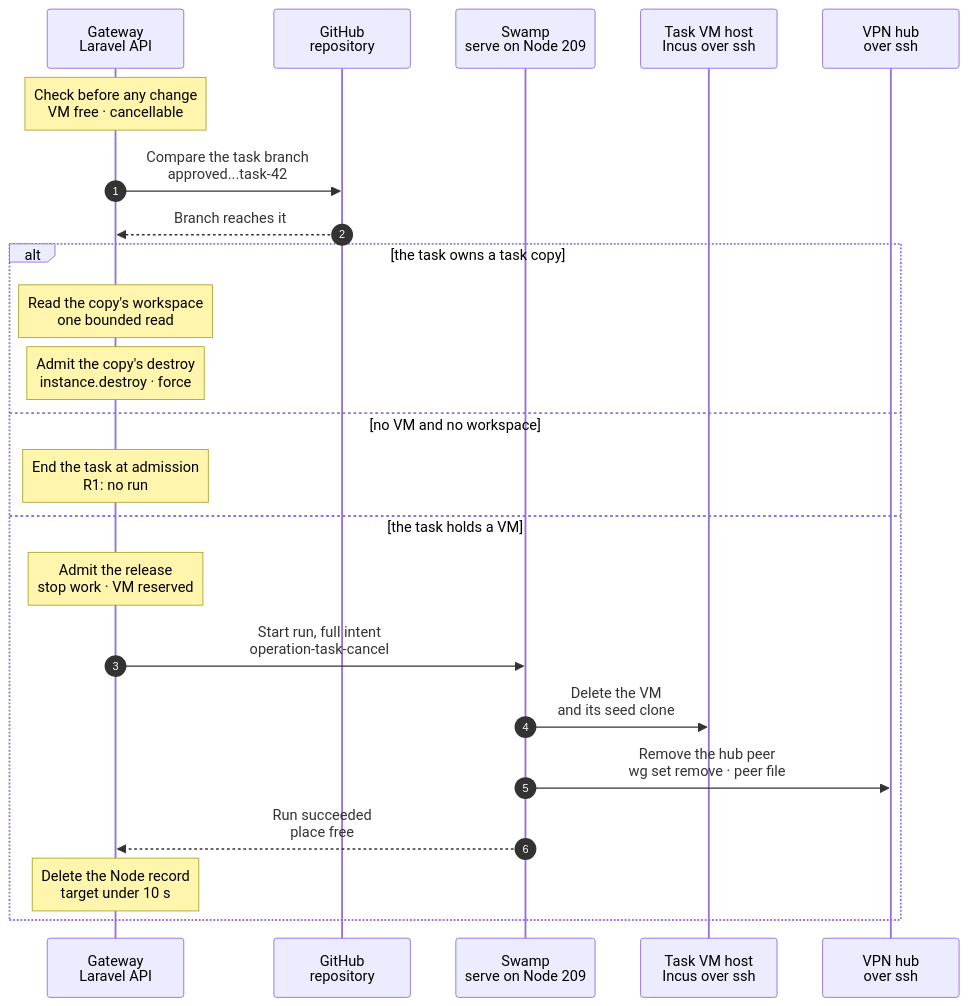
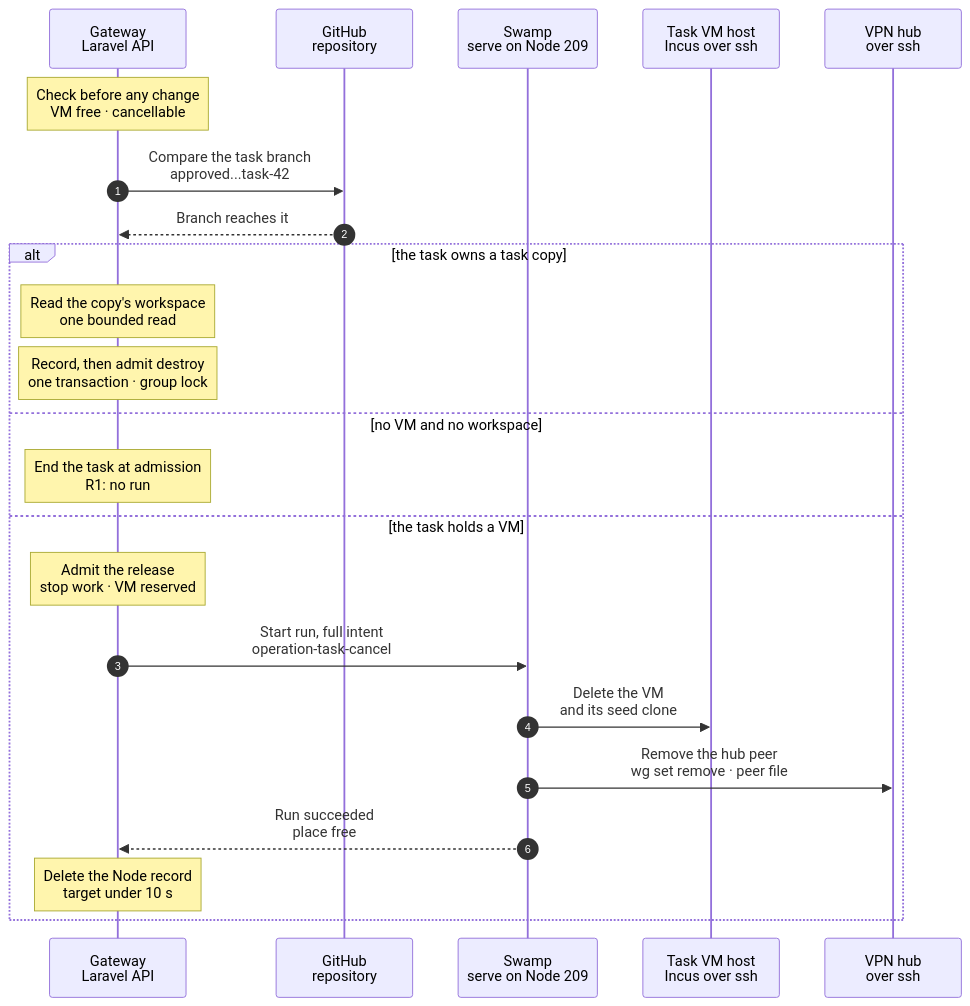
One commit to hardimpactdev/orbit changed the diagram in docs/cli/task/cancel.mmd. Above: the diagram before and after it, drawn with Mermaid. The commit also changed 4 other files, not shown here.

First line of the commit message:
docs(tasks): a copy cancel guards unpublished work, records first; complete removes the copy

```diff
--- a/docs/cli/task/cancel.mmd
+++ b/docs/cli/task/cancel.mmd
@@ -1,73 +1,81 @@
 sequenceDiagram
   %% Target design (agreed with Nick, 2026-11-07): a task VM and its identity are disposable; the release frees its place. Orchestrator 2026-11-08: keeping approved work is a precondition of the cancel, not a step of it.
-  %% Orchestrator 2026-11-13: a task copy ends through its Instance destroy; the cancel records the copy's unpushed work and does not block on it.
+  %% Orchestrator 2026-11-13: a task copy ends through its Instance destroy. Orchestrator 2026-11-14: work that only the copy holds, or a copy that cannot be read, refuses the cancel unless the caller discards it; the cancel is recorded under the group lock, in one transaction with the destroy's admission.
   %% status: draft
   %% command: task:cancel
   %% kind: tasks.cancel
   autonumber
   %% lane GW icon=gateway pill=intent tone=blue
   %% lane GH icon=server pill=target tone=purple
   %% lane SW icon=workflow pill=executes tone=green
   %% lane H icon=server pill=target tone=amber
   %% lane HUB icon=server pill=target tone=purple
   participant GW as Gateway<br/>Laravel API
   participant GH as GitHub<br/>repository
   participant SW as Swamp<br/>serve on Node 209
   participant H as Task VM host<br/>Incus over ssh
   participant HUB as VPN hub<br/>over ssh
   Note over GW: Check before any change<br/>VM free · cancellable
   %%> Requirements:
   %%> - no Operation is open on the group's task VM, such as a resume or an earlier release; otherwise HTTP 409 `operation.target_busy`, naming it
   %%> - the group is cancellable; otherwise `tasks.not_cancellable`
   %%> - every refusal here and in the next step comes before the cancel stops running work, so a refused cancel changes nothing
   GW->>GH: Compare the task branch<br/>approved...task-42
   %%> What it does:
   %%> - resolves the group's latest approved commit: the latest commit Orbit reviewed (ADR 0203), or else the commit of the latest approval
   %%> - reads origin's task branch head and compares it with that commit, with a `contents: read` token
   %%> - only when GitHub answers that the branch does not exist (404) and the group's pull request merged does that pull request's head stand in; the pull request is read with a `pull_requests: read` token
   %%> - skipped when the group has no approval, or holds no workspace and no task VM
   GH-->>GW: Branch reaches it
   %%> Result:
   %%> - otherwise the cancel refuses with HTTP 409 `tasks.approved_work_unpublished`, names the commit and the branch, and admits nothing: run `task:publish` first, which resumes a parked VM
   %%> - every other outcome refuses the same way: a GitHub read that fails, a branch that is gone without a merged pull request
   alt the task owns a task copy
     Note over GW: Read the copy's workspace<br/>one bounded read
     %%> What it does:
     %%> - one SSH call to the copy's Node, bounded at 4 s, reads what the copy holds beyond its seed: commits that origin lacks, uncommitted, untracked and stashed files
-    %%> - a stopped or unreachable copy reads `unknown` with its reason; the cancel goes on
-    Note over GW: Admit the copy's destroy<br/>instance.destroy · force
+    %%> - a stopped or unreachable copy reads `unknown` with its reason
+    %%> Result:
+    %%> - a copy that holds work (`dirty`: unpushed commits, uncommitted or untracked files, stashes) refuses the cancel with HTTP 409 `tasks.copy_unpublished_work`; its details carry the counts and the head
+    %%> - a copy that cannot be read (`unknown`) refuses with HTTP 409 `tasks.copy_workspace_unknown`, naming the reason
+    %%> - `--discard` (API and MCP `discard: true`) lets the cancel destroy that work; `--yes` only confirms and never discards
+    %%> - a `clean` copy goes on; both refusals come before the cancel stops running work, so they change nothing
+    Note over GW: Record, then admit destroy<br/>one transaction · group lock
     %%> Requirements:
     %%> - no Operation holds the copy, such as its create or an earlier destroy; otherwise HTTP 409 `operation.target_busy`, naming it
     %%> - after the group's running work was asked to stop, no Operation still holds the group, such as a timed-out one whose run nothing has proven ended; otherwise HTTP 409 `operation.target_busy`, naming it, and no destroy is admitted
+    %%> What it does:
+    %%> - in one transaction, records the cancel under the group's lock key first, then admits the normal `instance.destroy` of the copy with force
+    %%> - an Operation that takes the group lock first makes the record refuse with HTTP 409 `operation.target_busy`; the transaction rolls back, so a refused cancel never admits the destroy
     %%> Result:
-    %%> - the cancel is recorded as succeeded at once (R1), right after the destroy's admission; its result names the destroy Operation and holds the workspace read
+    %%> - the cancel is recorded as succeeded at once (R1); its result names the destroy Operation and holds the workspace read
     %%> - the destroy runs as every Instance destroy does; when it succeeds, a task that still runs and its open subtasks are `cancelled`, and the task lets go of the copy; a `failed` task stays `failed`
     %%> - when it fails, the task runs on and keeps the copy; the next cancel admits the destroy again
   else no VM and no workspace
     Note over GW: End the task at admission<br/>R1: no run
     %%> When:
     %%> - the task holds no task VM and no workspace, such as a `todo` task or one that waits for a place; its waiting Operation is cancelled first
     %%> Result:
     %%> - in the admission transaction, the task and its open subtasks are `cancelled` and the Operation is recorded as succeeded; no Swamp run starts (R1)
     %%> - the HTTP 202 already carries the succeeded Operation, so `task:show` reads `cancelled` from then on
   else the task holds a VM
     Note over GW: Admit the release<br/>stop work · VM reserved
     %%> What it does:
     %%> - cancellation takes precedence over the group's capacity wait or running task; cancel that task before acquiring its group lock for cleanup
     %%> - stops the group's running work, then, in one transaction, locks and re-reads the VM, refuses if an Operation opened on it meanwhile, and marks it `releasing`, so no later resume starts it
     %%> Result:
     %%> - the run carries only the release; it pushes nothing and never starts a parked VM
     %%> - a start that Swamp refuses fails the cancel and marks the VM `failed`, so the reservation goes and another cancel reserves it again
     GW->>SW: Start run, full intent<br/>operation-task-cancel
     SW->>H: Delete the VM<br/>and its seed clone
     %%> What it does:
     %%> - one host phase: `incus delete --force`, the seed clone and the identity volume; a few seconds
     SW->>HUB: Remove the hub peer<br/>wg set remove · peer file
     %%> Runs beside the step before it: Swamp starts both at once.
     %%> What it does:
     %%> - the VM's peer leaves the WireGuard hub; the Pi token goes with the VM. There is no model key to revoke: the fixed key stays with the guard, for every other VM
     SW-->>GW: Run succeeded<br/>place free
     Note over GW: Delete the Node record<br/>target under 10 s
     %%> Result:
     %%> - the Node, its role and its Process go; the place is free for the next task start
   end
```
